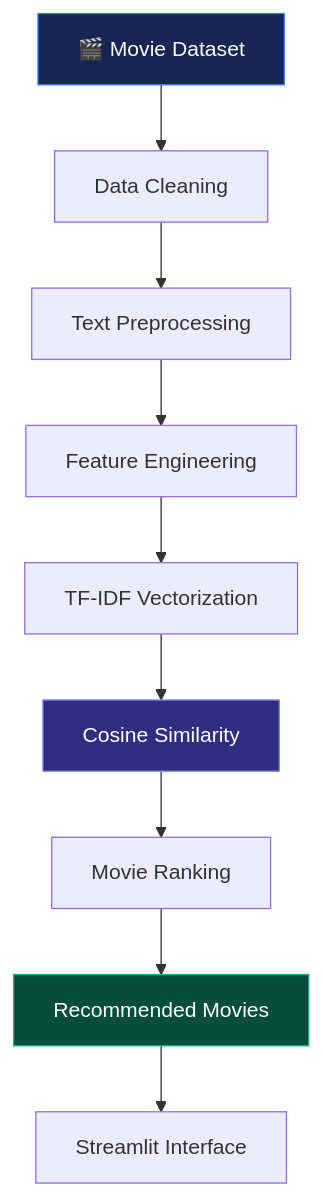
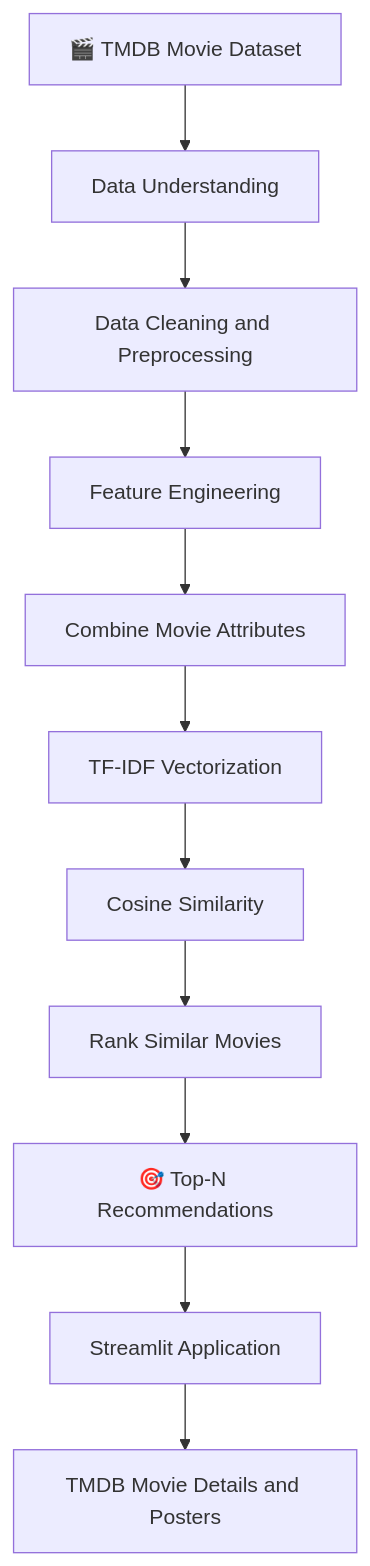
One commit to gursimranai/Content-Based-Movie-Recommendation-System changed the diagram in README.md. Above: the diagram before and after it, drawn with Mermaid. The commit also changed other lines of this file and 2 other files, not shown here.

````diff
--- a/README.md
+++ b/README.md
@@ -72,15 +94,13 @@
 ```mermaid
 flowchart TD
-    A["🎬 Movie Dataset"] --> B["Data Cleaning"]
-    B --> C["Text Preprocessing"]
+    A["🎬 TMDB Movie Dataset"] --> B["Data Understanding"]
+    B --> C["Data Cleaning and Preprocessing"]
     C --> D["Feature Engineering"]
-    D --> E["TF-IDF Vectorization"]
-    E --> F["Cosine Similarity"]
-    F --> G["Movie Ranking"]
-    G --> H["Recommended Movies"]
-    H --> I["Streamlit Interface"]
-
-    style A fill:#172554,stroke:#3B82F6,color:#fff
-    style F fill:#312E81,stroke:#818CF8,color:#fff
-    style H fill:#064E3B,stroke:#10B981,color:#fff
+    D --> E["Combine Movie Attributes"]
+    E --> F["TF-IDF Vectorization"]
+    F --> G["Cosine Similarity"]
+    G --> H["Rank Similar Movies"]
+    H --> I["🎯 Top-N Recommendations"]
+    I --> J["Streamlit Application"]
+    J --> K["TMDB Movie Details and Posters"]
 ```
````
